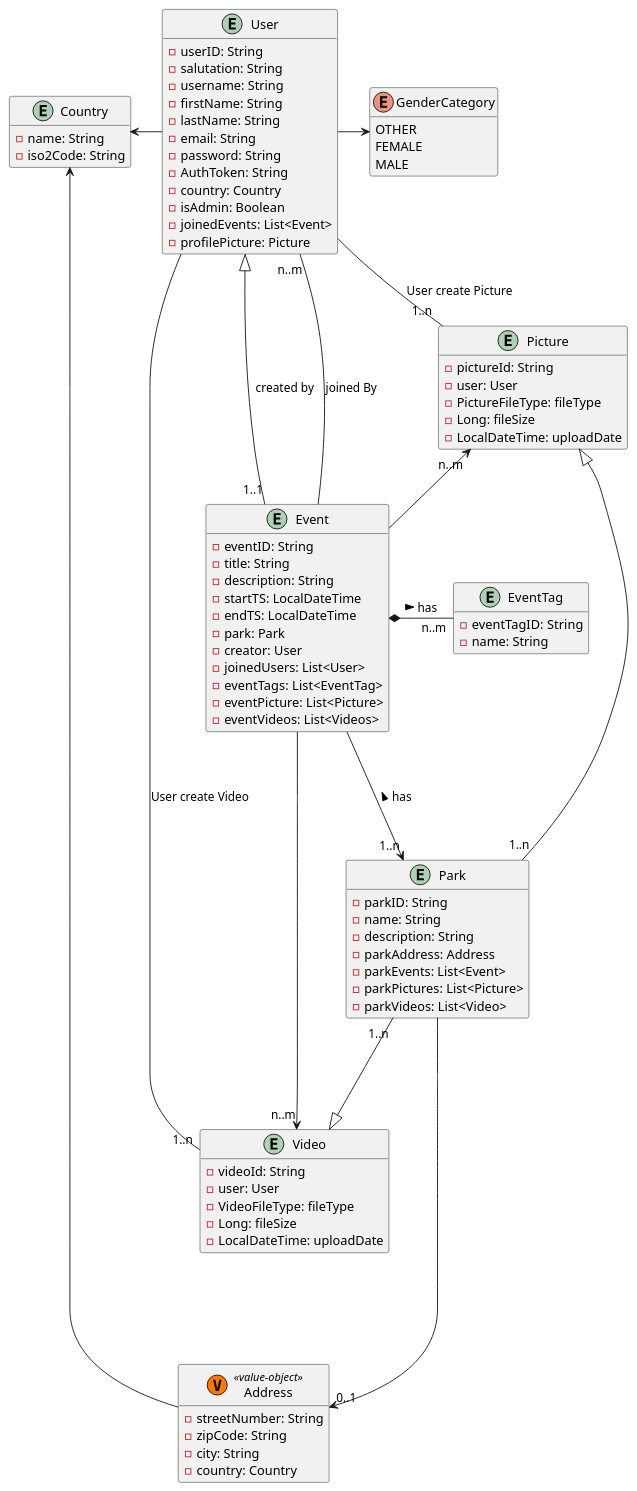
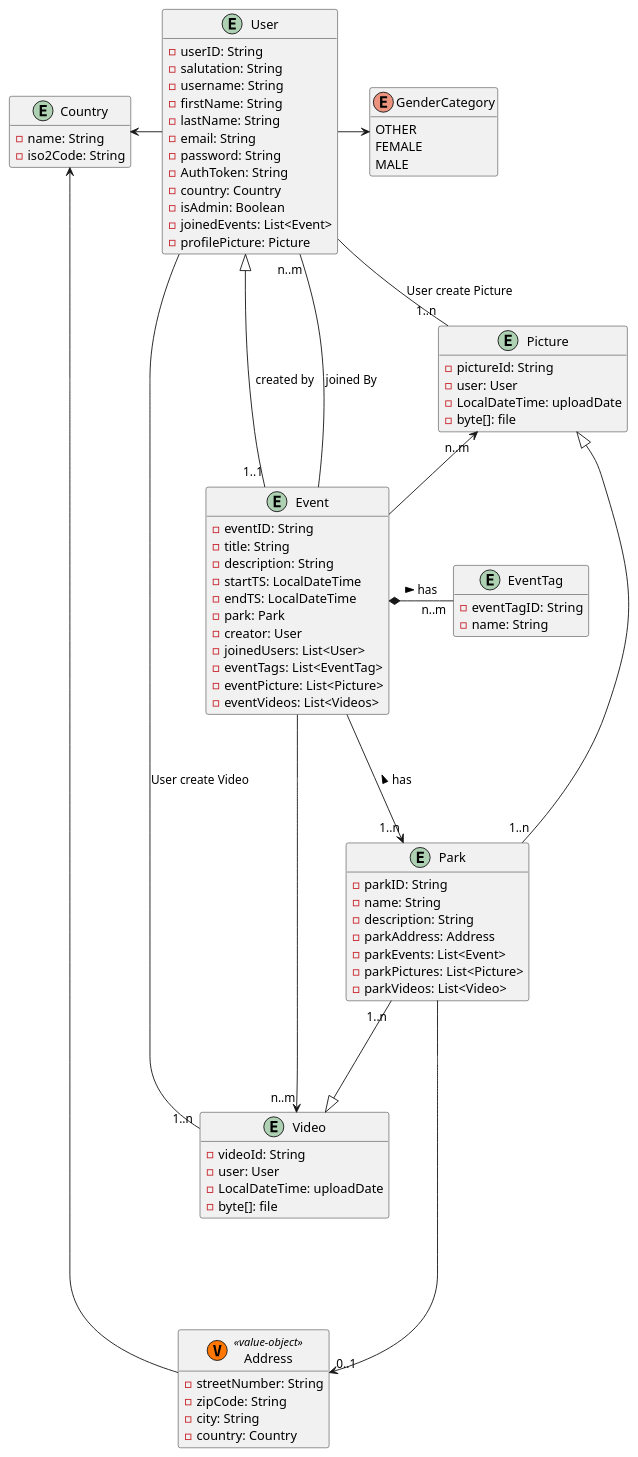
One commit to Lucaww23e013/ParkPal_Backend changed the diagram in uml/domain.puml. Above: the diagram before and after it, drawn with PlantUML. The commit also changed 7 other files, not shown here.

First line of the commit message:
UploadController does now save a file as a byte[] if uploaded in either Video/Picture depending on the file type

```diff
--- a/uml/domain.puml
+++ b/uml/domain.puml
@@ -1,103 +1,101 @@
 @startuml
 'https://plantuml.com/class-diagram
 
 hide empty methods
 
 entity User {
     - userID: String
     - salutation: String
     - username: String
     - firstName: String
     - lastName: String
     - email: String
     - password: String
     - AuthToken: String
     - country: Country
     - isAdmin: Boolean
     - joinedEvents: List<Event>
     - profilePicture: Picture
 }
 
 enum GenderCategory {
     OTHER
     FEMALE
     MALE
 }
 
 entity Event {
     - eventID: String
     - title: String
     - description: String
     - startTS: LocalDateTime
     - endTS: LocalDateTime
     - park: Park
     - creator: User
     - joinedUsers: List<User>
     - eventTags: List<EventTag>
     - eventPicture: List<Picture>
     - eventVideos: List<Videos>
 }
 
 entity EventTag {
     - eventTagID: String
     - name: String
 }
 
 entity Picture {
     - pictureId: String
     - user: User
-    - PictureFileType: fileType
-    - Long: fileSize
     - LocalDateTime: uploadDate
+    - byte[]: file
 }
 
 entity Video {
     - videoId: String
     - user: User
-    - VideoFileType: fileType
-    - Long: fileSize
     - LocalDateTime: uploadDate
+    - byte[]: file
 }
 
 entity Park {
     - parkID: String
     - name: String
     - description: String
     - parkAddress: Address
     - parkEvents: List<Event>
     - parkPictures: List<Picture>
     - parkVideos: List<Video>
 }
 
 class Address <<(V, #FF7700) value-object>> {
     - streetNumber: String
     - zipCode: String
     - city: String
     - country: Country
 }
 
 entity Country {
     - name: String
     - iso2Code: String
 }
 
 
 
 
 Event "1..1" --|> User : created by
 Event ---> "1..n" Park : has <
 Event -- "n..m" User : joined By
 EventTag "n..m" -left-* Event : has <
 Picture "n..m" <-- Event
 Video "n..m" <-left- Event
 User -- "1..n" Picture  : User create Picture
 Park "1..n" --|> Picture
 User -- "1..n" Video  : User create Video
 Park "1..n" ---|> Video
 User -left-> Country
 Address --> Country
 Park -----> "0..1" Address
 User -> GenderCategory
 
 
 @enduml
```
